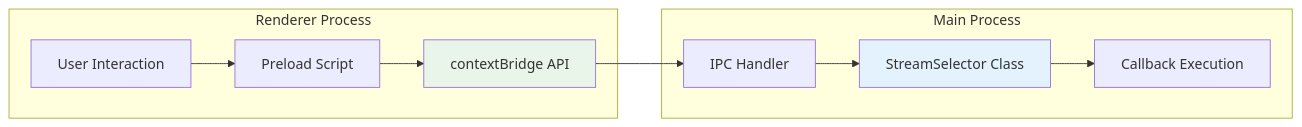
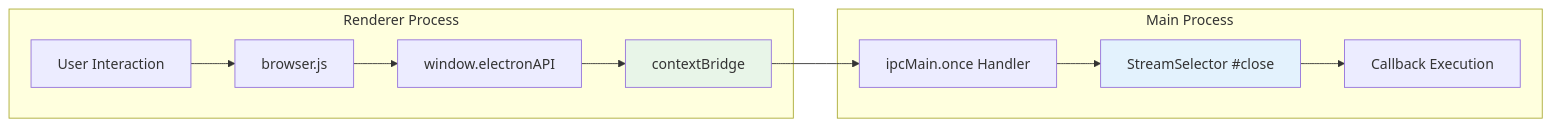
One commit to IsmaelMartinez/teams-for-linux changed the third of 3 diagrams in app/screenSharing/README.md. Above: the diagram before and after it, drawn with Mermaid. The commit also changed other lines of this file and 13 other files, not shown here.

````diff
--- a/app/screenSharing/README.md
+++ b/app/screenSharing/README.md
@@ -132,16 +137,17 @@
 ```mermaid
 flowchart LR
     subgraph "Renderer Process"
-        A[User Interaction] --> B[Preload Script]
-        B --> C[contextBridge API]
+        A[User Interaction] --> B[browser.js]
+        B --> C[window.electronAPI]
+        C --> D[contextBridge]
     end
-    
+
     subgraph "Main Process"
-        C --> D[IPC Handler]
-        D --> E[StreamSelector Class]
-        E --> F[Callback Execution]
+        D --> E[ipcMain.once Handler]
+        E --> F[StreamSelector #close]
+        F --> G[Callback Execution]
     end
-    
-    style C fill:#e8f5e8
-    style E fill:#e3f2fd
+
+    style D fill:#e8f5e8
+    style F fill:#e3f2fd
 ```
````
